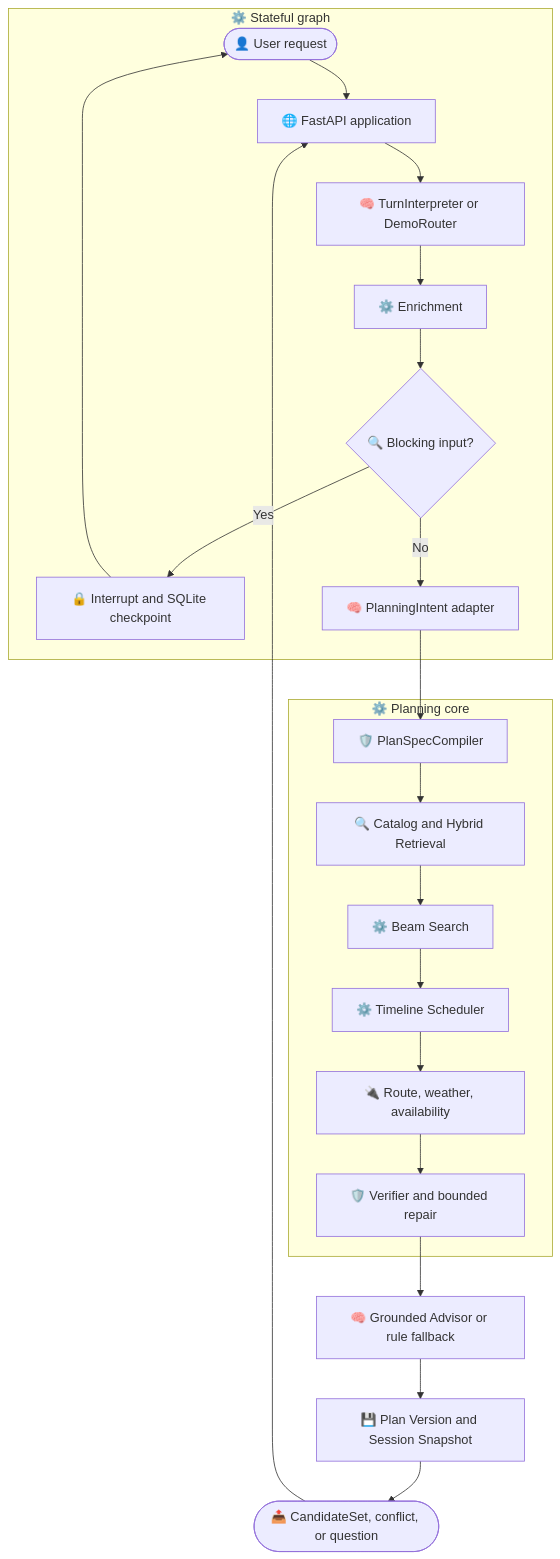
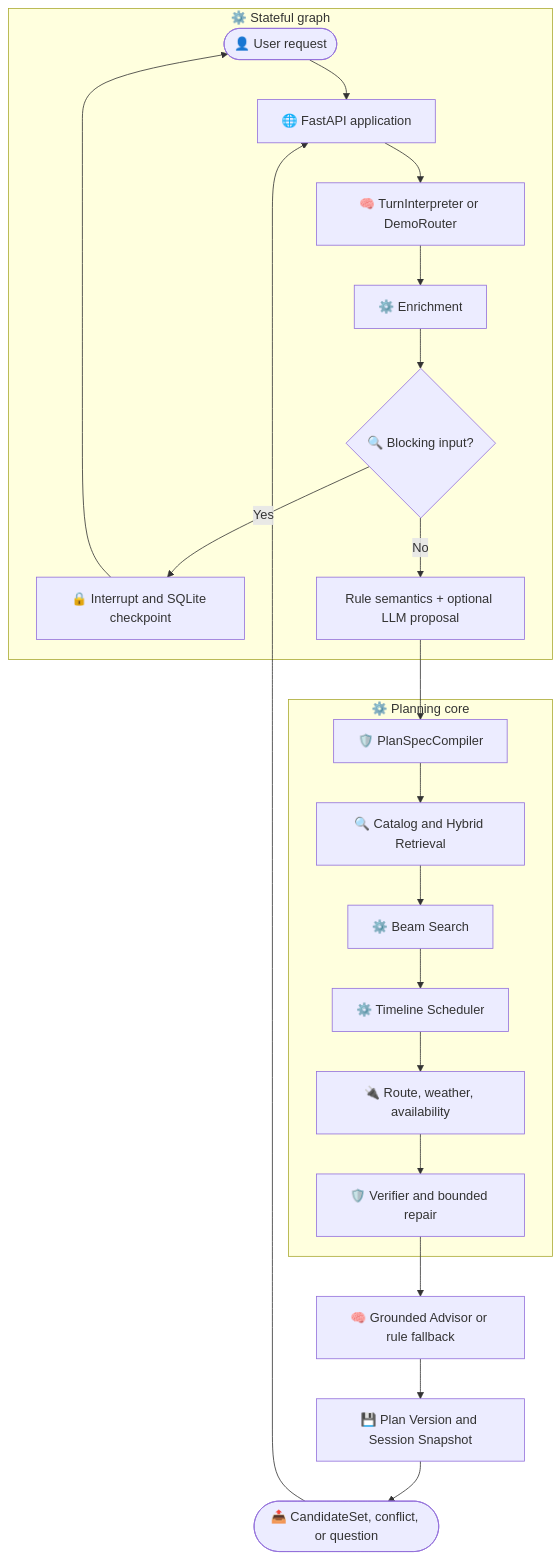
One commit to Weekend-Agent-Studio/happyFreeTime changed the diagram in docs/current/resume_v2_architecture.md. Above: the diagram before and after it, drawn with Mermaid. The commit also changed other lines of this file and 24 other files, not shown here.

Commit message:
refactor: complete canonical plan spec pipeline

````diff
--- a/docs/current/resume_v2_architecture.md
+++ b/docs/current/resume_v2_architecture.md
@@ -31,30 +31,30 @@
 ```mermaid
 flowchart TB
     accTitle: Resume V2 Runtime Architecture
     accDescr: The current implementation separates natural language interpretation, deterministic planning, external fact verification, grounded presentation, and durable session state.
 
     input([👤 User request]) --> api[🌐 FastAPI application]
 
     subgraph graph_control["⚙️ Stateful graph"]
         api --> turn[🧠 TurnInterpreter or DemoRouter]
         turn --> enrich[⚙️ Enrichment]
         enrich --> gate{🔍 Blocking input?}
         gate -->|Yes| pause[🔒 Interrupt and SQLite checkpoint]
         pause --> input
         gate -->|No| intent[🧠 PlanningIntent adapter]
     end
 
     subgraph planning_core["⚙️ Planning core"]
-        intent --> spec[🛡️ PlanSpecCompiler]
+        intent[Rule semantics + optional LLM proposal] --> spec[🛡️ PlanSpecCompiler]
         spec --> retrieve[🔍 Catalog and Hybrid Retrieval]
         retrieve --> search[⚙️ Beam Search]
         search --> schedule[⚙️ Timeline Scheduler]
         schedule --> facts[🔌 Route, weather, availability]
         facts --> verify[🛡️ Verifier and bounded repair]
     end
 
     verify --> advice[🧠 Grounded Advisor or rule fallback]
     advice --> state[💾 Plan Version and Session Snapshot]
     state --> output([📤 CandidateSet, conflict, or question])
     output --> api
 ```
````
